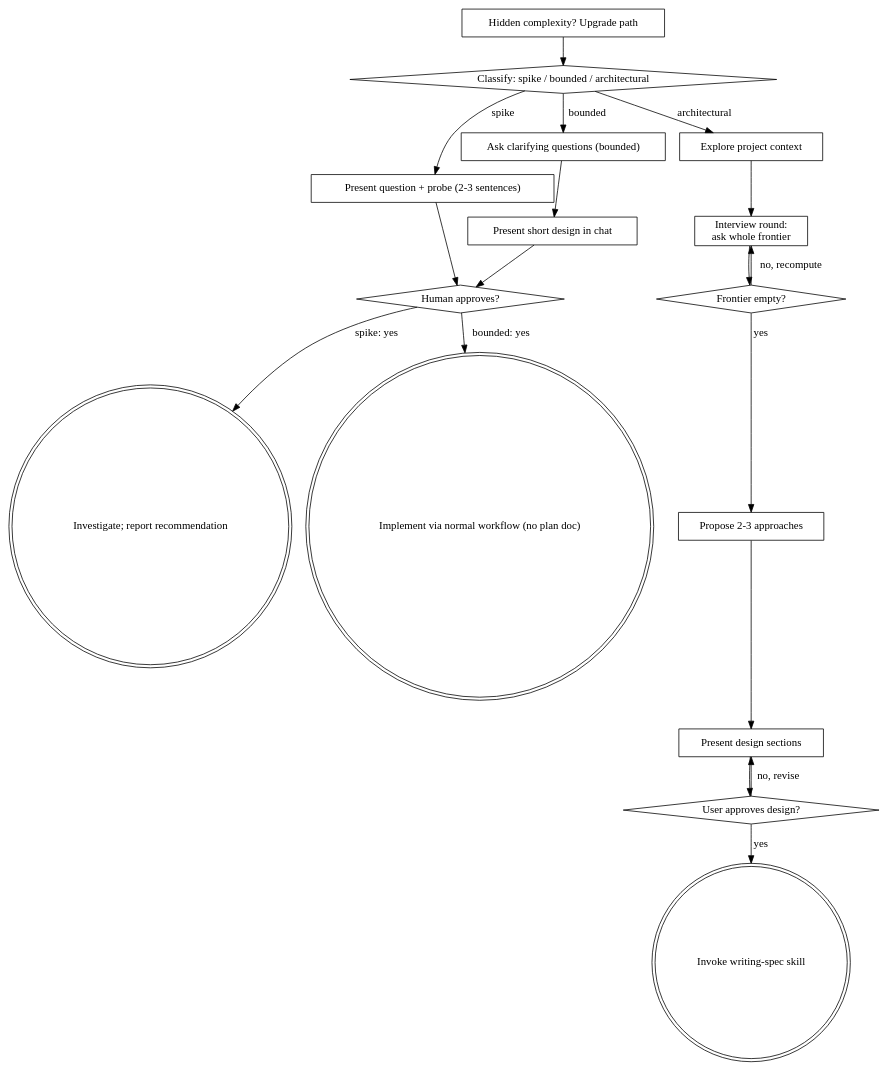
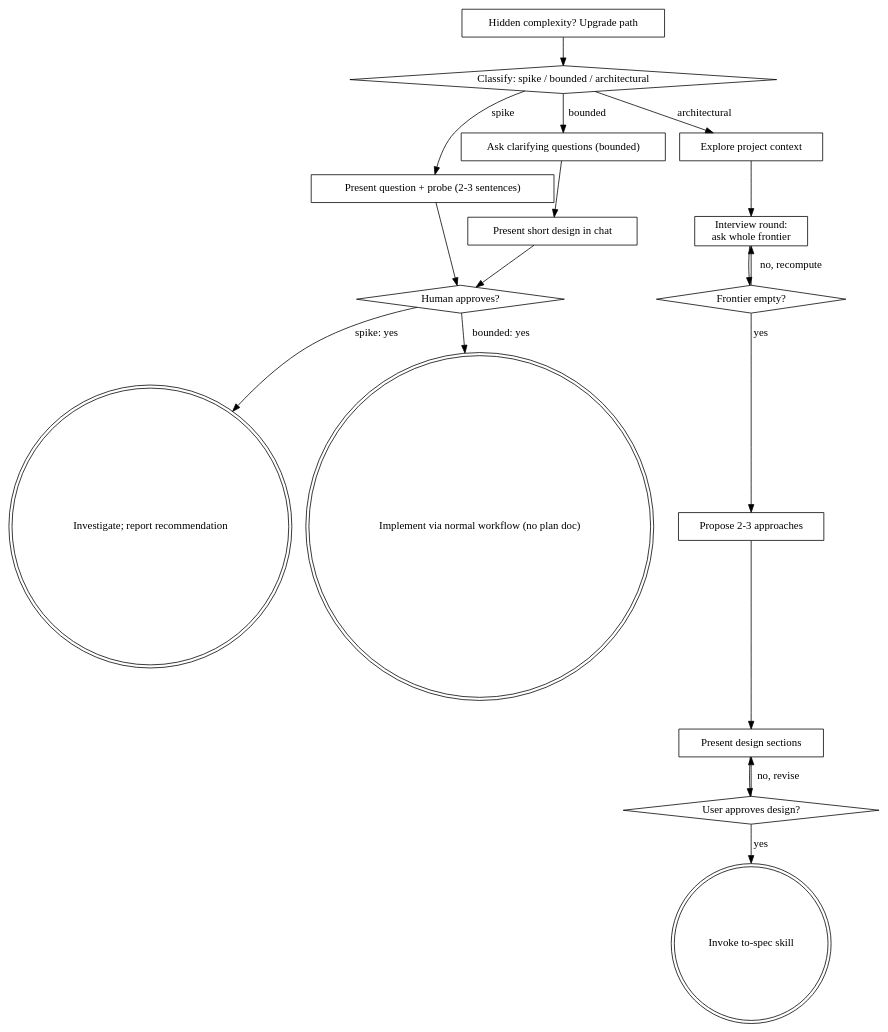
One commit to baleen37/bstack changed the diagram in plugins/me/skills/brainstorming/SKILL.md. Above: the diagram before and after it, drawn with Graphviz. The commit also changed other lines of this file and 15 other files, not shown here.

````diff
--- a/plugins/me/skills/brainstorming/SKILL.md
+++ b/plugins/me/skills/brainstorming/SKILL.md
@@ -104,37 +104,37 @@
 ```dot
 digraph brainstorming {
     "Classify: spike / bounded / architectural" [shape=diamond];
     "Present question + probe (2-3 sentences)" [shape=box];
     "Ask clarifying questions (bounded)" [shape=box];
     "Present short design in chat" [shape=box];
     "Human approves?" [shape=diamond];
     "Investigate; report recommendation" [shape=doublecircle];
     "Implement via normal workflow (no plan doc)" [shape=doublecircle];
     "Explore project context" [shape=box];
     "Interview round:\nask whole frontier" [shape=box];
     "Frontier empty?" [shape=diamond];
     "Propose 2-3 approaches" [shape=box];
     "Present design sections" [shape=box];
     "User approves design?" [shape=diamond];
-    "Invoke writing-spec skill" [shape=doublecircle];
+    "Invoke to-spec skill" [shape=doublecircle];
     "Hidden complexity? Upgrade path" [shape=box];
 
     "Classify: spike / bounded / architectural" -> "Present question + probe (2-3 sentences)" [label="spike"];
     "Classify: spike / bounded / architectural" -> "Ask clarifying questions (bounded)" [label="bounded"];
     "Classify: spike / bounded / architectural" -> "Explore project context" [label="architectural"];
     "Present question + probe (2-3 sentences)" -> "Human approves?";
     "Ask clarifying questions (bounded)" -> "Present short design in chat";
     "Present short design in chat" -> "Human approves?";
     "Human approves?" -> "Investigate; report recommendation" [label="spike: yes"];
     "Human approves?" -> "Implement via normal workflow (no plan doc)" [label="bounded: yes"];
     "Hidden complexity? Upgrade path" -> "Classify: spike / bounded / architectural";
     "Explore project context" -> "Interview round:\nask whole frontier";
     "Interview round:\nask whole frontier" -> "Frontier empty?";
     "Frontier empty?" -> "Interview round:\nask whole frontier" [label="no, recompute"];
     "Frontier empty?" -> "Propose 2-3 approaches" [label="yes"];
     "Propose 2-3 approaches" -> "Present design sections";
     "Present design sections" -> "User approves design?";
     "User approves design?" -> "Present design sections" [label="no, revise"];
-    "User approves design?" -> "Invoke writing-spec skill" [label="yes"];
+    "User approves design?" -> "Invoke to-spec skill" [label="yes"];
 }
 ```
````
